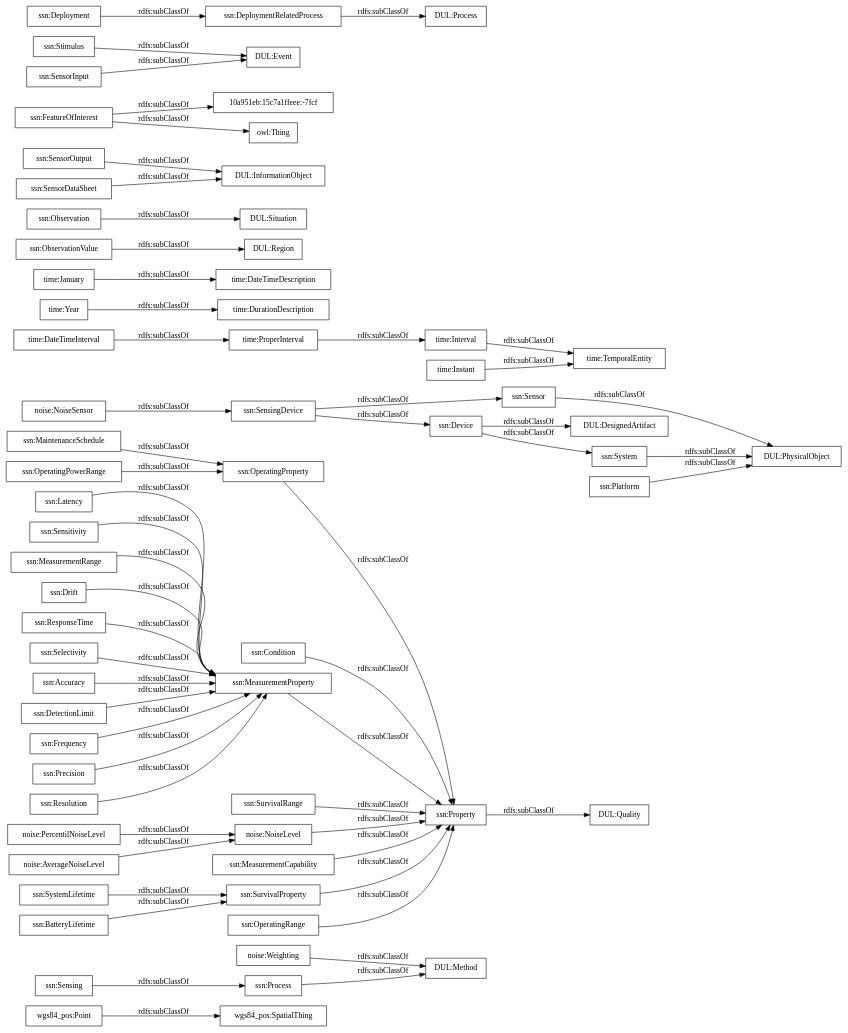
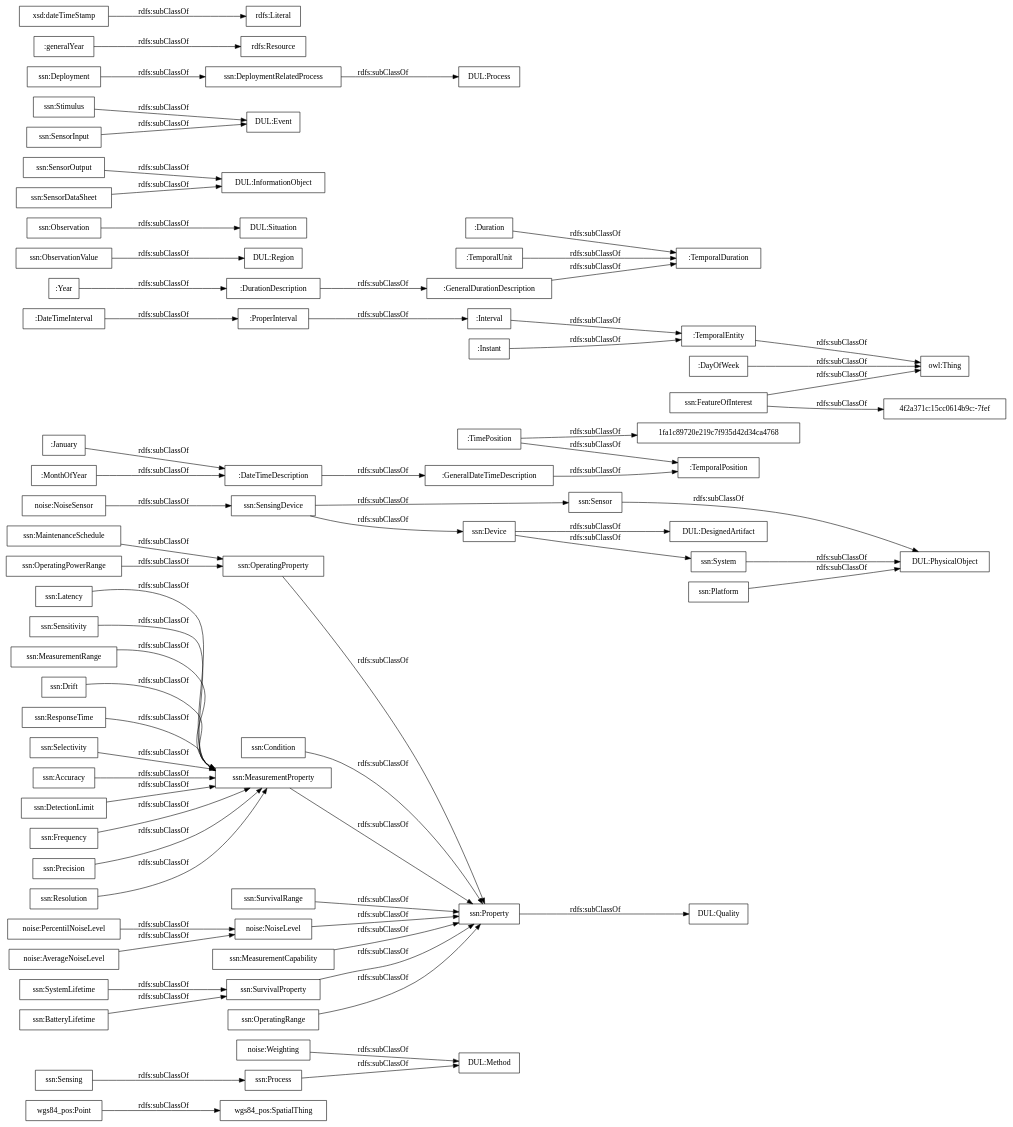
One commit to opencitydata/vocab-medio-ambiente-contaminacion-acustica changed the diagram in OnToology/contaminacion-acustica.owl/diagrams/ar2dtool-taxonomy/contaminacion-acustica.owl.png.dot. Above: the diagram before and after it, drawn with Graphviz. The commit also changed 10 other files, not shown here.

```diff
--- a/OnToology/contaminacion-acustica.owl/diagrams/ar2dtool-taxonomy/contaminacion-acustica.owl.png.dot
+++ b/OnToology/contaminacion-acustica.owl/diagrams/ar2dtool-taxonomy/contaminacion-acustica.owl.png.dot
@@ -1,60 +1,73 @@
 digraph ar2dtool_diagram { 
 rankdir=LR;
 size="1000"
-node [shape = rectangle, color="black"]; "wgs84_pos:SpatialThing" "wgs84_pos:Point" "noise:Weighting" "noise:PercentilNoiseLevel" "noise:NoiseSensor" "noise:NoiseLevel" "noise:AverageNoiseLevel" "time:DateTimeInterval" "time:DurationDescription" "time:January" "time:ProperInterval" "time:Interval" "time:TemporalEntity" "time:Year" "time:DateTimeDescription" "time:Instant" "ssn:Accuracy" "ssn:DetectionLimit" "ssn:Frequency" "ssn:Condition" "DUL:Region" "DUL:Situation" "DUL:PhysicalObject" "ssn:SensorOutput" "ssn:Precision" "ssn:Resolution" "DUL:Quality" "ssn:FeatureOfInterest" "ssn:Sensor" "DUL:InformationObject" "10a951eb:15c7a1ffeee:-7fcf" "ssn:OperatingProperty" "DUL:Event" "ssn:OperatingPowerRange" "DUL:Method" "ssn:MaintenanceSchedule" "ssn:Sensing" "ssn:Latency" "ssn:SurvivalRange" "ssn:SensingDevice" "DUL:DesignedArtifact" "ssn:Sensitivity" "ssn:Stimulus" "DUL:Process" "ssn:MeasurementRange" "ssn:System" "ssn:SystemLifetime" "ssn:Property" "ssn:MeasurementProperty" "ssn:Process" "ssn:Deployment" "ssn:MeasurementCapability" "ssn:BatteryLifetime" "ssn:Drift" "ssn:DeploymentRelatedProcess" "ssn:SensorInput" "ssn:ResponseTime" "ssn:ObservationValue" "ssn:SensorDataSheet" "ssn:Observation" "ssn:Selectivity" "ssn:SurvivalProperty" "ssn:Device" "ssn:OperatingRange" "ssn:Platform" ; /*classes style*/
+node [shape = rectangle, color="black"]; "wgs84_pos:SpatialThing" "wgs84_pos:Point" "noise:Weighting" "noise:PercentilNoiseLevel" "noise:NoiseSensor" "noise:NoiseLevel" "noise:AverageNoiseLevel" ":GeneralDateTimeDescription" ":DateTimeInterval" ":DurationDescription" ":TemporalDuration" ":Duration" ":GeneralDurationDescription" ":January" ":ProperInterval" ":TimePosition" ":TemporalPosition" ":Interval" "1fa1c89720e219c7f935d42d34ca4768" ":TemporalEntity" ":Year" ":MonthOfYear" ":DateTimeDescription" ":TemporalUnit" ":Instant" ":DayOfWeek" "4f2a371c:15cc0614b9c:-7fef" "ssn:Accuracy" "ssn:DetectionLimit" "ssn:Frequency" "ssn:Condition" "DUL:Region" "DUL:Situation" "DUL:PhysicalObject" "ssn:SensorOutput" "ssn:Precision" "ssn:Resolution" "DUL:Quality" "ssn:FeatureOfInterest" "ssn:Sensor" "DUL:InformationObject" "ssn:OperatingProperty" "DUL:Event" "ssn:OperatingPowerRange" "DUL:Method" "ssn:MaintenanceSchedule" "ssn:Sensing" "ssn:Latency" "ssn:SurvivalRange" "ssn:SensingDevice" "DUL:DesignedArtifact" "ssn:Sensitivity" "ssn:Stimulus" "DUL:Process" "ssn:MeasurementRange" "ssn:System" "ssn:SystemLifetime" "ssn:Property" "ssn:MeasurementProperty" "ssn:Process" "ssn:Deployment" "ssn:MeasurementCapability" "ssn:BatteryLifetime" "ssn:Drift" "ssn:DeploymentRelatedProcess" "ssn:SensorInput" "ssn:ResponseTime" "ssn:ObservationValue" "ssn:SensorDataSheet" "ssn:Observation" "ssn:Selectivity" "ssn:SurvivalProperty" "ssn:Device" "ssn:OperatingRange" "ssn:Platform" ; /*classes style*/
+	":DateTimeDescription" -> ":GeneralDateTimeDescription" [ label = "rdfs:subClassOf" ];
 	"noise:AverageNoiseLevel" -> "noise:NoiseLevel" [ label = "rdfs:subClassOf" ];
 	"ssn:Deployment" -> "ssn:DeploymentRelatedProcess" [ label = "rdfs:subClassOf" ];
 	"ssn:SensingDevice" -> "ssn:Sensor" [ label = "rdfs:subClassOf" ];
 	"ssn:SensingDevice" -> "ssn:Device" [ label = "rdfs:subClassOf" ];
 	"ssn:DeploymentRelatedProcess" -> "DUL:Process" [ label = "rdfs:subClassOf" ];
 	"ssn:Accuracy" -> "ssn:MeasurementProperty" [ label = "rdfs:subClassOf" ];
-	"time:Instant" -> "time:TemporalEntity" [ label = "rdfs:subClassOf" ];
+	":Instant" -> ":TemporalEntity" [ label = "rdfs:subClassOf" ];
 	"ssn:FeatureOfInterest" -> "owl:Thing" [ label = "rdfs:subClassOf" ];
-	"ssn:FeatureOfInterest" -> "10a951eb:15c7a1ffeee:-7fcf" [ label = "rdfs:subClassOf" ];
+	"ssn:FeatureOfInterest" -> "4f2a371c:15cc0614b9c:-7fef" [ label = "rdfs:subClassOf" ];
 	"ssn:Latency" -> "ssn:MeasurementProperty" [ label = "rdfs:subClassOf" ];
 	"ssn:Process" -> "DUL:Method" [ label = "rdfs:subClassOf" ];
 	"noise:Weighting" -> "DUL:Method" [ label = "rdfs:subClassOf" ];
-	"time:ProperInterval" -> "time:Interval" [ label = "rdfs:subClassOf" ];
+	":ProperInterval" -> ":Interval" [ label = "rdfs:subClassOf" ];
 	"ssn:Property" -> "DUL:Quality" [ label = "rdfs:subClassOf" ];
 	"ssn:MeasurementProperty" -> "ssn:Property" [ label = "rdfs:subClassOf" ];
 	"wgs84_pos:Point" -> "wgs84_pos:SpatialThing" [ label = "rdfs:subClassOf" ];
+	":MonthOfYear" -> ":DateTimeDescription" [ label = "rdfs:subClassOf" ];
 	"ssn:ResponseTime" -> "ssn:MeasurementProperty" [ label = "rdfs:subClassOf" ];
 	"ssn:OperatingRange" -> "ssn:Property" [ label = "rdfs:subClassOf" ];
 	"noise:NoiseLevel" -> "ssn:Property" [ label = "rdfs:subClassOf" ];
 	"ssn:MeasurementRange" -> "ssn:MeasurementProperty" [ label = "rdfs:subClassOf" ];
 	"ssn:Stimulus" -> "DUL:Event" [ label = "rdfs:subClassOf" ];
+	":Duration" -> ":TemporalDuration" [ label = "rdfs:subClassOf" ];
 	"ssn:SurvivalProperty" -> "ssn:Property" [ label = "rdfs:subClassOf" ];
 	"ssn:MaintenanceSchedule" -> "ssn:OperatingProperty" [ label = "rdfs:subClassOf" ];
 	"ssn:SensorInput" -> "DUL:Event" [ label = "rdfs:subClassOf" ];
+	":TimePosition" -> "1fa1c89720e219c7f935d42d34ca4768" [ label = "rdfs:subClassOf" ];
+	":TimePosition" -> ":TemporalPosition" [ label = "rdfs:subClassOf" ];
+	":TemporalEntity" -> "owl:Thing" [ label = "rdfs:subClassOf" ];
 	"ssn:Sensitivity" -> "ssn:MeasurementProperty" [ label = "rdfs:subClassOf" ];
 	"ssn:Drift" -> "ssn:MeasurementProperty" [ label = "rdfs:subClassOf" ];
 	"ssn:System" -> "DUL:PhysicalObject" [ label = "rdfs:subClassOf" ];
+	":GeneralDurationDescription" -> ":TemporalDuration" [ label = "rdfs:subClassOf" ];
 	"ssn:Resolution" -> "ssn:MeasurementProperty" [ label = "rdfs:subClassOf" ];
 	"ssn:Precision" -> "ssn:MeasurementProperty" [ label = "rdfs:subClassOf" ];
 	"noise:PercentilNoiseLevel" -> "noise:NoiseLevel" [ label = "rdfs:subClassOf" ];
 	"ssn:DetectionLimit" -> "ssn:MeasurementProperty" [ label = "rdfs:subClassOf" ];
-	"time:DateTimeInterval" -> "time:ProperInterval" [ label = "rdfs:subClassOf" ];
+	":DateTimeInterval" -> ":ProperInterval" [ label = "rdfs:subClassOf" ];
 	"ssn:Sensor" -> "DUL:PhysicalObject" [ label = "rdfs:subClassOf" ];
 	"ssn:SensorDataSheet" -> "DUL:InformationObject" [ label = "rdfs:subClassOf" ];
 	"ssn:OperatingPowerRange" -> "ssn:OperatingProperty" [ label = "rdfs:subClassOf" ];
-	"time:Interval" -> "time:TemporalEntity" [ label = "rdfs:subClassOf" ];
 	"noise:NoiseSensor" -> "ssn:SensingDevice" [ label = "rdfs:subClassOf" ];
-	"time:January" -> "time:DateTimeDescription" [ label = "rdfs:subClassOf" ];
+	":Interval" -> ":TemporalEntity" [ label = "rdfs:subClassOf" ];
+	":GeneralDateTimeDescription" -> ":TemporalPosition" [ label = "rdfs:subClassOf" ];
+	":January" -> ":DateTimeDescription" [ label = "rdfs:subClassOf" ];
 	"ssn:ObservationValue" -> "DUL:Region" [ label = "rdfs:subClassOf" ];
+	":DayOfWeek" -> "owl:Thing" [ label = "rdfs:subClassOf" ];
 	"ssn:Device" -> "DUL:DesignedArtifact" [ label = "rdfs:subClassOf" ];
 	"ssn:Device" -> "ssn:System" [ label = "rdfs:subClassOf" ];
 	"ssn:Platform" -> "DUL:PhysicalObject" [ label = "rdfs:subClassOf" ];
-	"time:Year" -> "time:DurationDescription" [ label = "rdfs:subClassOf" ];
+	":Year" -> ":DurationDescription" [ label = "rdfs:subClassOf" ];
+	":DurationDescription" -> ":GeneralDurationDescription" [ label = "rdfs:subClassOf" ];
 	"ssn:OperatingProperty" -> "ssn:Property" [ label = "rdfs:subClassOf" ];
+	":generalYear" -> "rdfs:Resource" [ label = "rdfs:subClassOf" ];
 	"ssn:Selectivity" -> "ssn:MeasurementProperty" [ label = "rdfs:subClassOf" ];
 	"ssn:BatteryLifetime" -> "ssn:SurvivalProperty" [ label = "rdfs:subClassOf" ];
+	":TemporalUnit" -> ":TemporalDuration" [ label = "rdfs:subClassOf" ];
 	"ssn:Observation" -> "DUL:Situation" [ label = "rdfs:subClassOf" ];
 	"ssn:Sensing" -> "ssn:Process" [ label = "rdfs:subClassOf" ];
 	"ssn:SystemLifetime" -> "ssn:SurvivalProperty" [ label = "rdfs:subClassOf" ];
 	"ssn:SurvivalRange" -> "ssn:Property" [ label = "rdfs:subClassOf" ];
 	"ssn:Frequency" -> "ssn:MeasurementProperty" [ label = "rdfs:subClassOf" ];
 	"ssn:SensorOutput" -> "DUL:InformationObject" [ label = "rdfs:subClassOf" ];
 	"ssn:Condition" -> "ssn:Property" [ label = "rdfs:subClassOf" ];
+	"xsd:dateTimeStamp" -> "rdfs:Literal" [ label = "rdfs:subClassOf" ];
 	"ssn:MeasurementCapability" -> "ssn:Property" [ label = "rdfs:subClassOf" ];
 
 }
```
